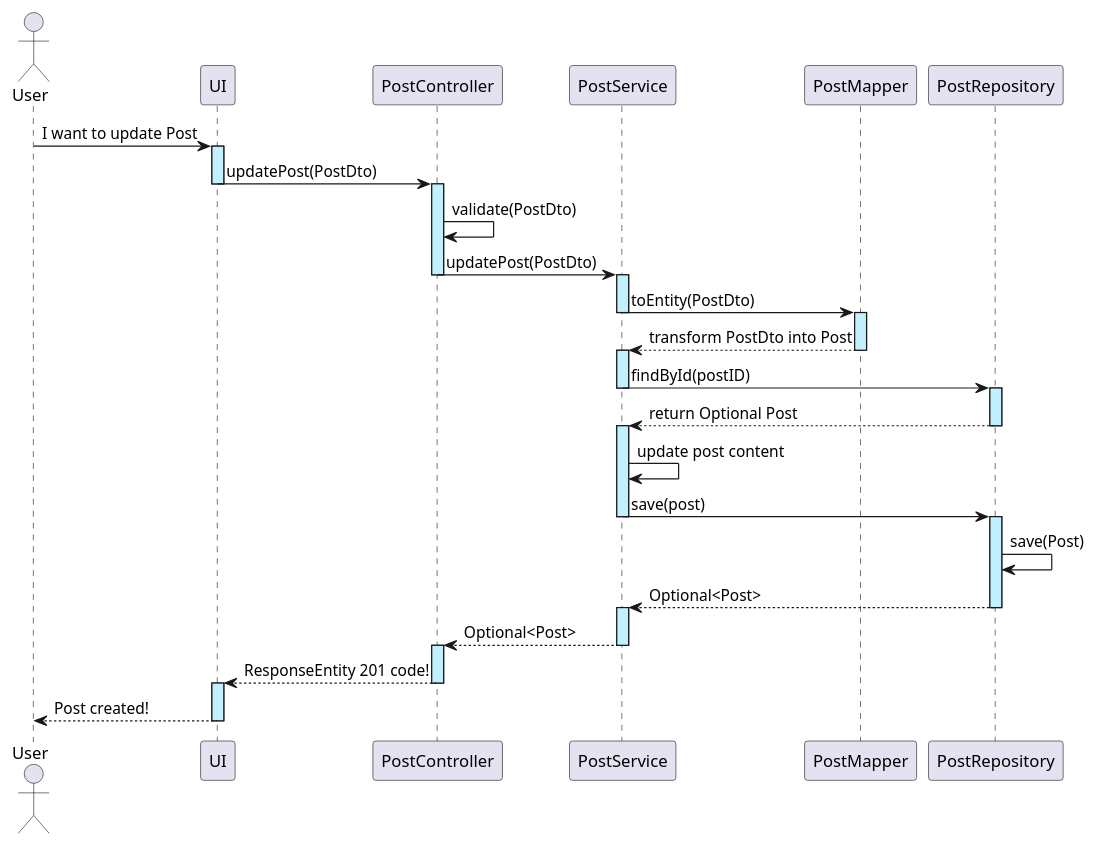
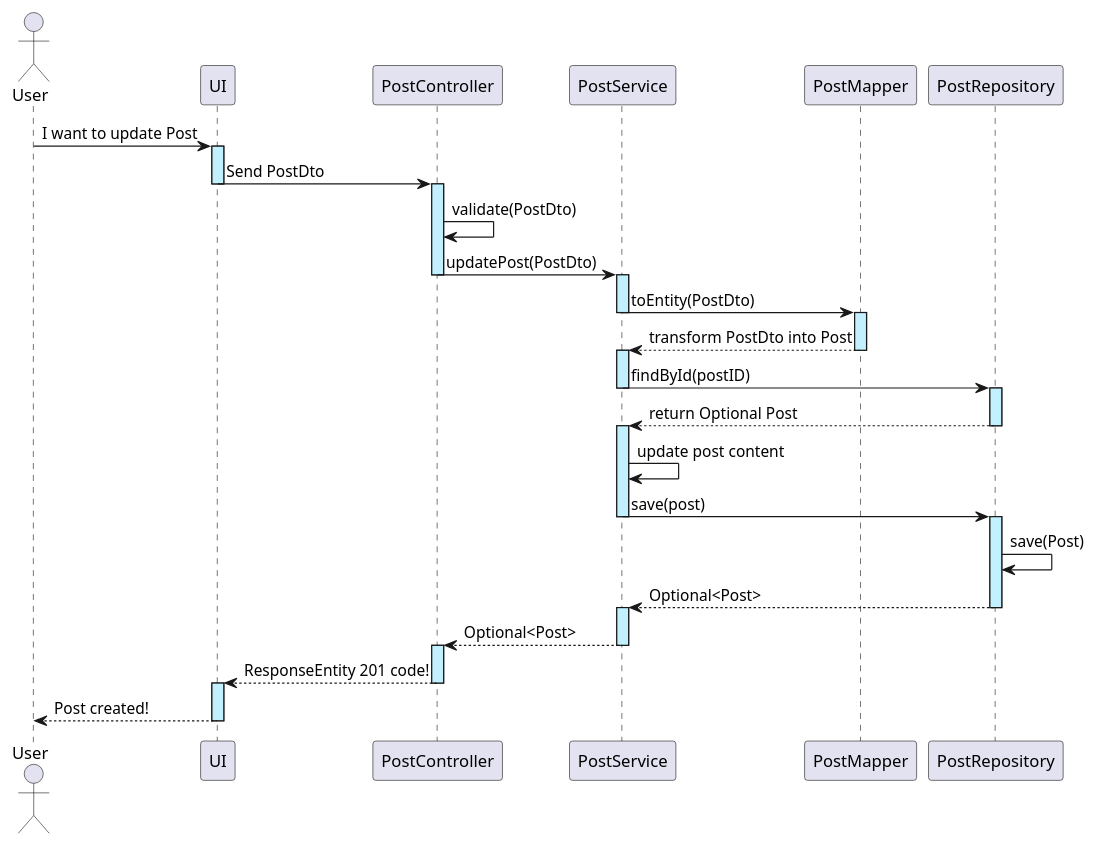
One commit to implaymo/Social-Media-Platform changed the diagram in Diagrams/US02/US_02_editPost_SD.puml. Above: the diagram before and after it, drawn with PlantUML.

Commit message:
Change name from UI to PostController

```diff
--- a/Diagrams/US02/US_02_editPost_SD.puml
+++ b/Diagrams/US02/US_02_editPost_SD.puml
@@ -1,23 +1,23 @@
 @startuml
 
 
 actor User
 
 User -> UI ++ #application: I want to update Post
-UI -> PostController --++ #application : updatePost(PostDto)
+UI -> PostController --++ #application : Send PostDto
 PostController -> PostController #application: validate(PostDto)
 PostController -> PostService --++ #application: updatePost(PostDto)
 PostService -> PostMapper --++ #application: toEntity(PostDto)
 PostMapper --> PostService --++ #application: transform PostDto into Post
 PostService -> PostRepository --++ #application: findById(postID)
 PostRepository --> PostService --++ #application: return Optional Post
 PostService -> PostService : update post content
 PostService -> PostRepository --++ #application: save(post)
 PostRepository -> PostRepository #application: save(Post)
 PostRepository --> PostService --++ #application: Optional<Post>
 PostService --> PostController --++ #application: Optional<Post>
 PostController --> UI --++ #application: ResponseEntity 201 code!
 UI --> User -- #application: Post created!
 
 
 @enduml
```
